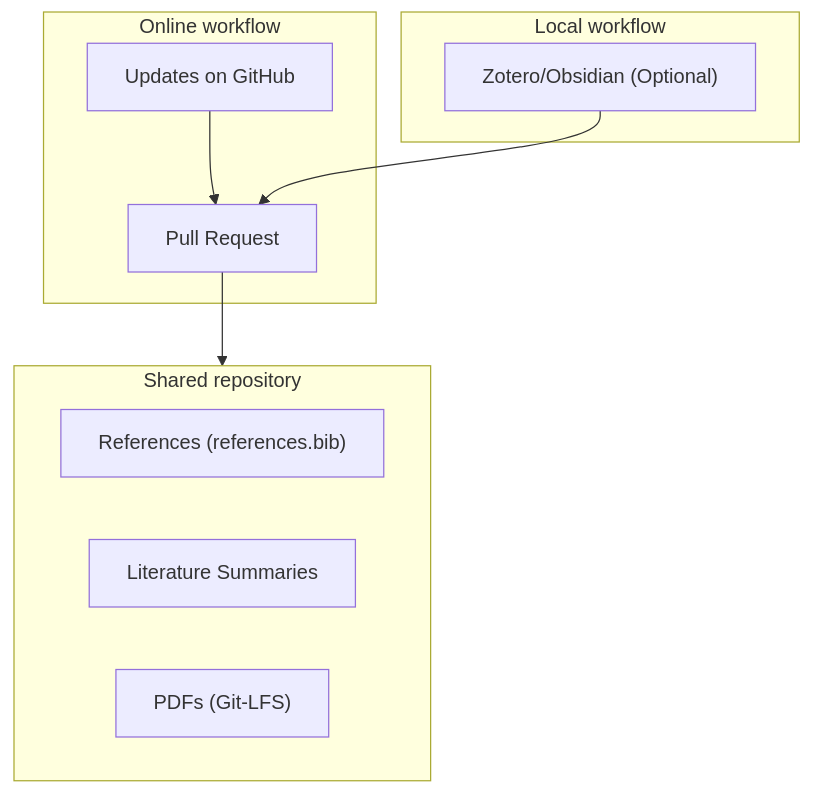
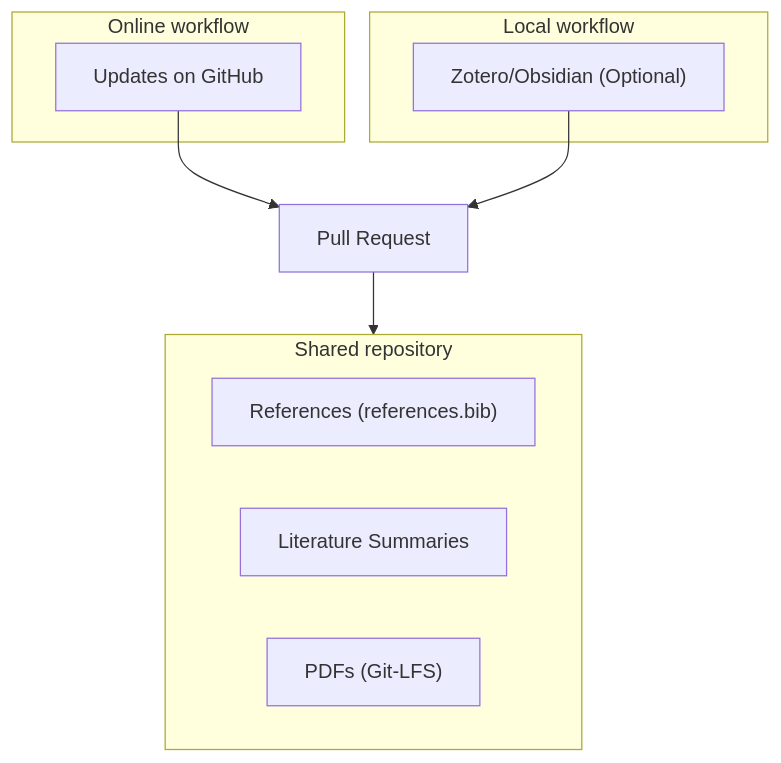
One commit to digital-work-lab/handbook changed the diagram in docs/20-research/22-literature.md. Above: the diagram before and after it, drawn with Mermaid. The commit also changed other lines of this file, not shown here.

````diff
--- a/docs/20-research/22-literature.md
+++ b/docs/20-research/22-literature.md
@@ -11,22 +11,23 @@
 ```mermaid
 graph TD
     subgraph SharedRepository["Shared repository"]
         direction LR
         A["References (references.bib)"]
         B[Literature Summaries]
         C["PDFs (Git-LFS)"]
     end
 
     subgraph Local workflow
         D["Zotero/Obsidian (Optional)"]
     end
 
     subgraph Online workflow
-        J["Updates on GitHub"] --> E
+        J["Updates on GitHub"]
     end
 
+    J --> E
     E[Pull Request]
     D --> E
     E --> SharedRepository
 
 ```
````
